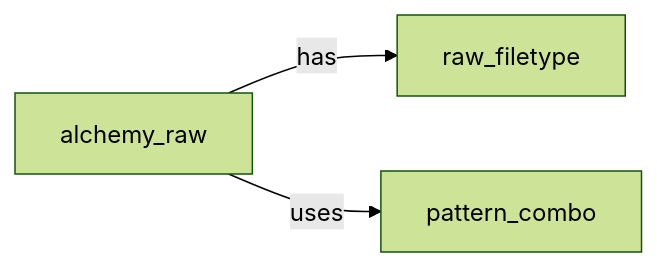
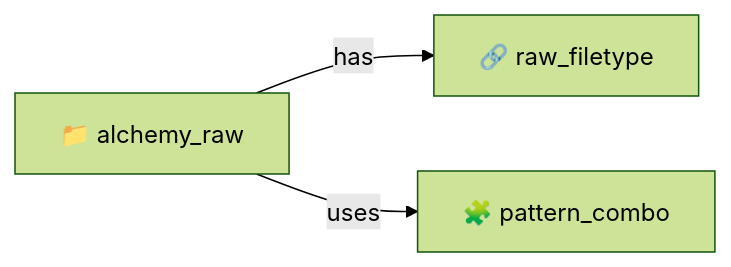
Diagram 11 of 22 in docs/brainstorms/investigation-db.md (ThanuMahee12/AgentContext), drawn with Mermaid (forest theme) before and after one commit. The commit also changed other lines of this file, not shown here.

Commit message:
docs: use Unicode emojis for mermaid diagram support

````diff
--- a/docs/brainstorms/investigation-db.md
+++ b/docs/brainstorms/investigation-db.md
@@ -275,5 +275,5 @@
 ```mermaid
 flowchart LR
-    R["alchemy_raw"] -->|has| RFT["raw_filetype"]
-    R -->|uses| PC["pattern_combo"]
+    R["📁 alchemy_raw"] -->|has| RFT["🔗 raw_filetype"]
+    R -->|uses| PC["🧩 pattern_combo"]
 ```
````
